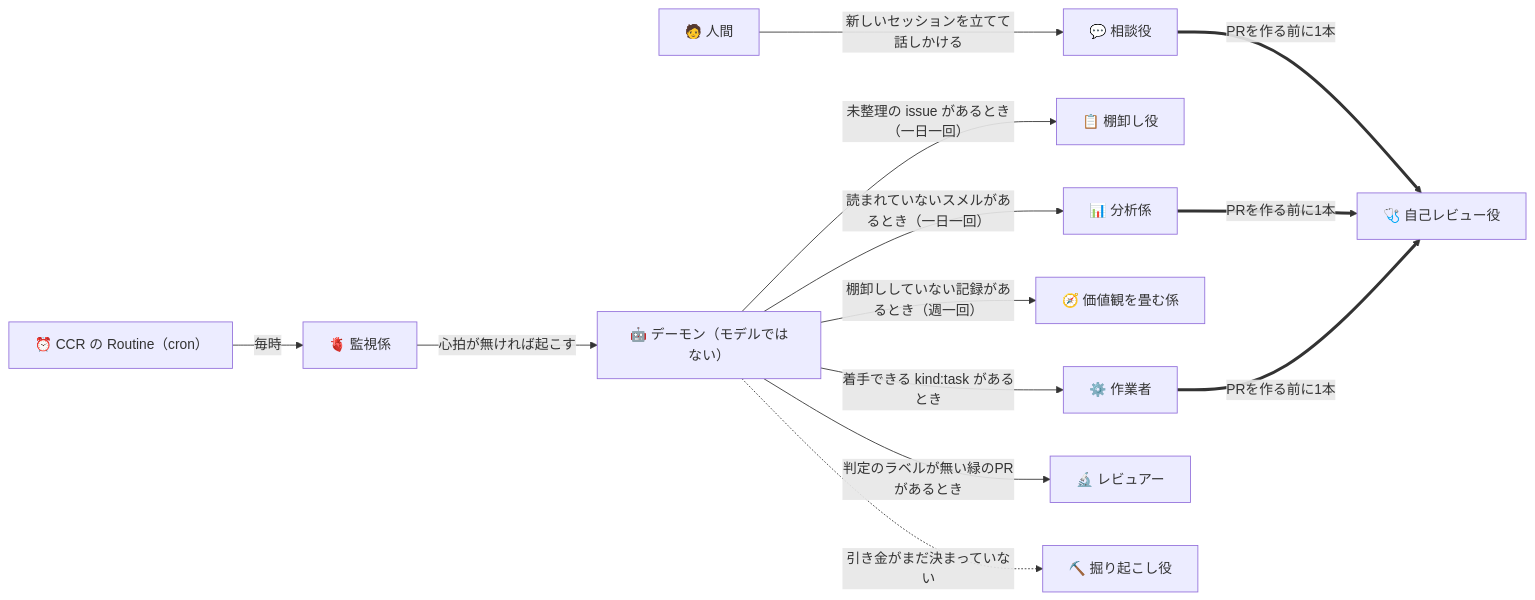
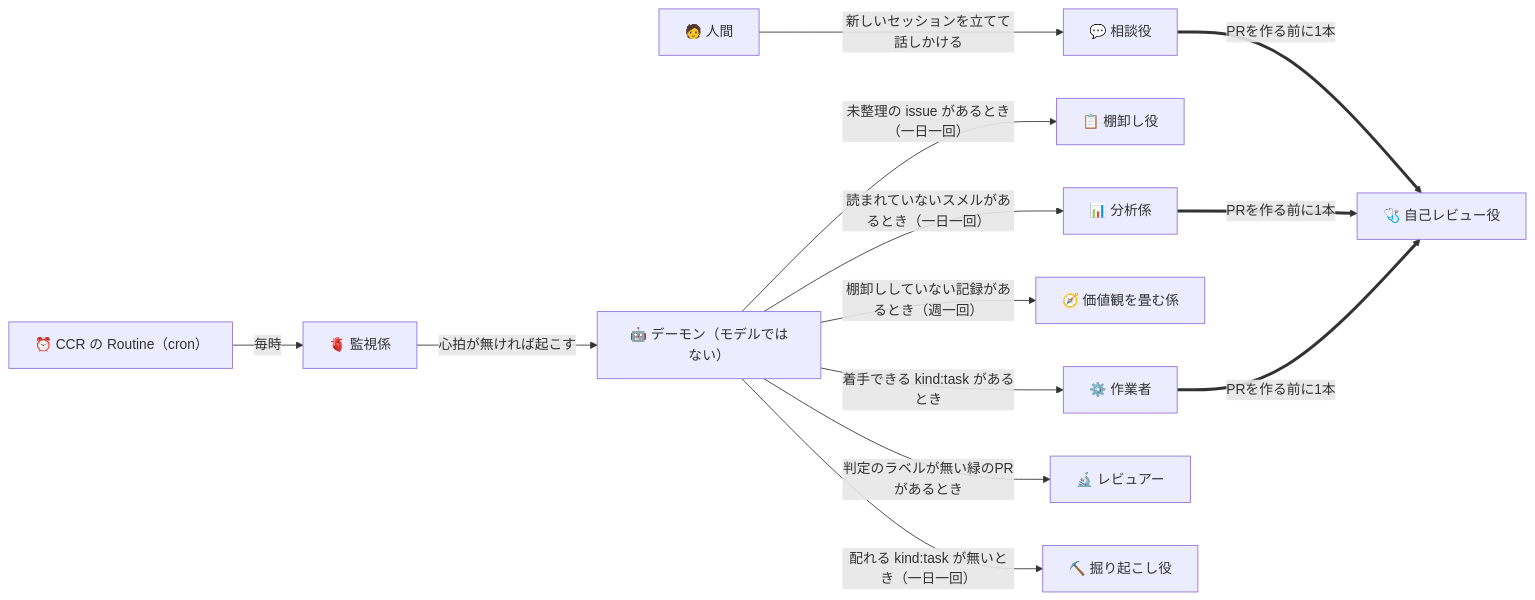
Before and after one commit to gooyyu1/UnmappedIsland: the first of 5 diagrams in docs/ParallelAgents.md, drawn with Mermaid. The commit also changed other lines of this file and 6 other files, not shown here.

First line of the commit message:
発掘係を、配れる task が尽きた周に立つ係として作る (#1767)

````diff
--- a/docs/ParallelAgents.md
+++ b/docs/ParallelAgents.md
@@ -28,28 +28,28 @@
 ```mermaid
 flowchart LR
     Human["🧑 人間"]
     Cron["⏰ CCR の Routine（cron）"]
     Watch["🫀 監視係"]
     Daemon["🤖 デーモン（モデルではない）"]
     Adviser["💬 相談役"]
     Triage["📋 棚卸し役"]
     Analysis["📊 分析係"]
     Policy["🧭 価値観を畳む係"]
     Reviewer["🔬 レビュアー"]
     Worker["⚙️ 作業者"]
     SelfReview["🩺 自己レビュー役"]
     Digger["⛏️ 掘り起こし役"]
 
     Human -->|"新しいセッションを立てて話しかける"| Adviser
     Cron -->|"毎時"| Watch
     Watch -->|"心拍が無ければ起こす"| Daemon
     Daemon -->|"未整理の issue があるとき（一日一回）"| Triage
     Daemon -->|"読まれていないスメルがあるとき（一日一回）"| Analysis
     Daemon -->|"棚卸ししていない記録があるとき（週一回）"| Policy
     Daemon -->|"着手できる kind:task があるとき"| Worker
     Daemon -->|"判定のラベルが無い緑のPRがあるとき"| Reviewer
-    Daemon -.->|"引き金がまだ決まっていない"| Digger
+    Daemon -->|"配れる kind:task が無いとき（一日一回）"| Digger
     Worker ==>|"PRを作る前に1本"| SelfReview
     Analysis ==>|"PRを作る前に1本"| SelfReview
     Adviser ==>|"PRを作る前に1本"| SelfReview
 ```
````
